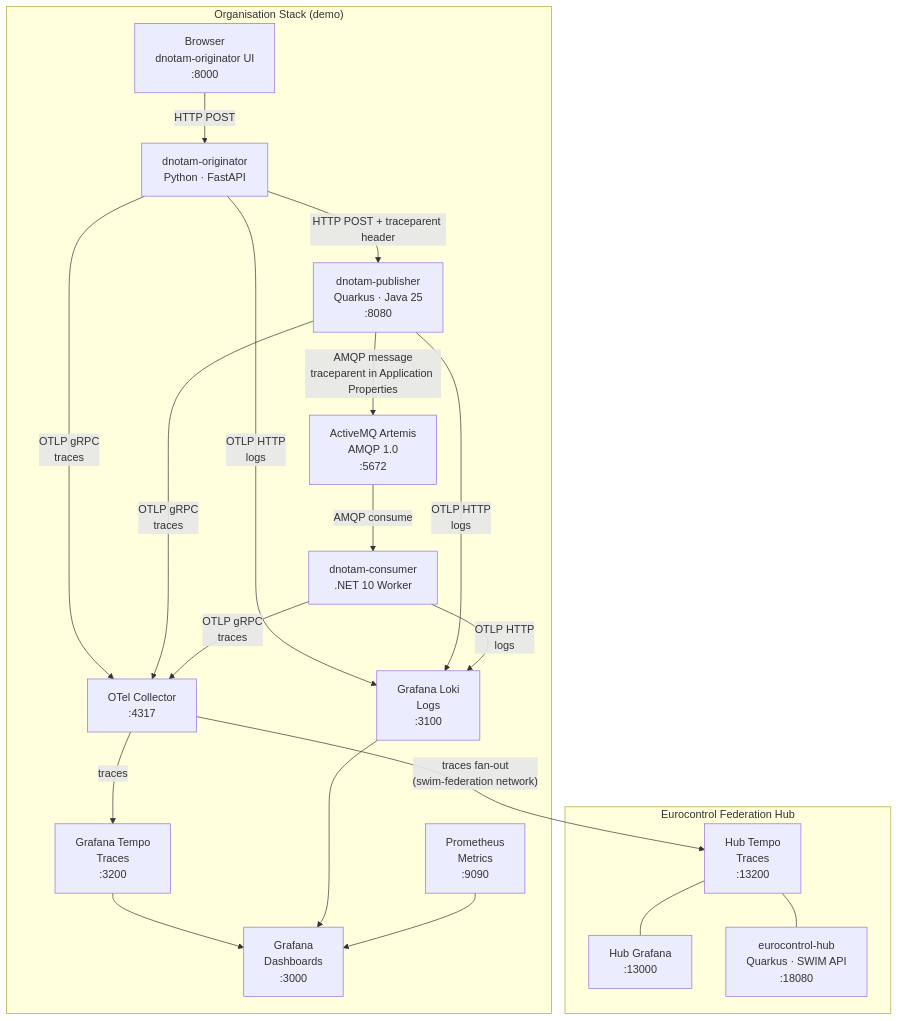
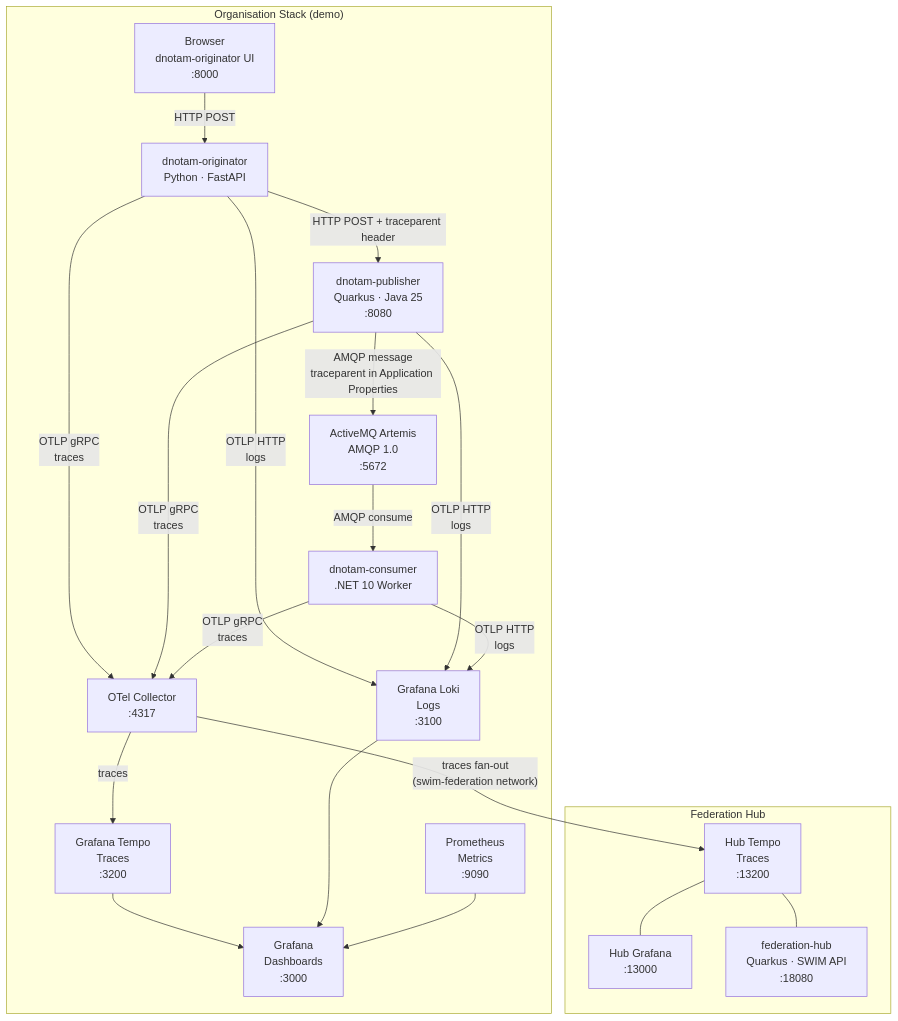
Before and after one commit to swim-developer/swim-sfg-observability: the diagram in README.md, drawn with Mermaid. The commit also changed other lines of this file and 16 other files, not shown here.

Commit message:
refactor: rename eurocontrol-hub to federation-hub throughout codebase

````diff
--- a/README.md
+++ b/README.md
@@ -31,34 +31,34 @@
 ```mermaid
 flowchart TD
     subgraph "Organisation Stack (demo)"
         UI["Browser\ndnotam-originator UI\n:8000"]
         A["dnotam-originator\nPython · FastAPI"]
         B["dnotam-publisher\nQuarkus · Java 25\n:8080"]
         Q["ActiveMQ Artemis\nAMQP 1.0\n:5672"]
         C["dnotam-consumer\n.NET 10 Worker"]
         COL["OTel Collector\n:4317"]
         T["Grafana Tempo\nTraces\n:3200"]
         L["Grafana Loki\nLogs\n:3100"]
         P["Prometheus\nMetrics\n:9090"]
         G["Grafana\nDashboards\n:3000"]
 
         UI -->|HTTP POST| A
         A -->|"HTTP POST + traceparent header"| B
         B -->|"AMQP message\ntraceparent in Application Properties"| Q
         Q -->|AMQP consume| C
         A & B & C -->|"OTLP gRPC\ntraces"| COL
         A & B & C -->|"OTLP HTTP\nlogs"| L
         COL -->|traces| T
         T & L & P --> G
     end
 
-    subgraph "Eurocontrol Federation Hub"
+    subgraph "Federation Hub"
         HT["Hub Tempo\nTraces\n:13200"]
         HG["Hub Grafana\n:13000"]
-        HUB["eurocontrol-hub\nQuarkus · SWIM API\n:18080"]
+        HUB["federation-hub\nQuarkus · SWIM API\n:18080"]
 
         COL -->|"traces fan-out\n(swim-federation network)"| HT
         HT --- HUB
         HT --- HG
     end
 ```
````
